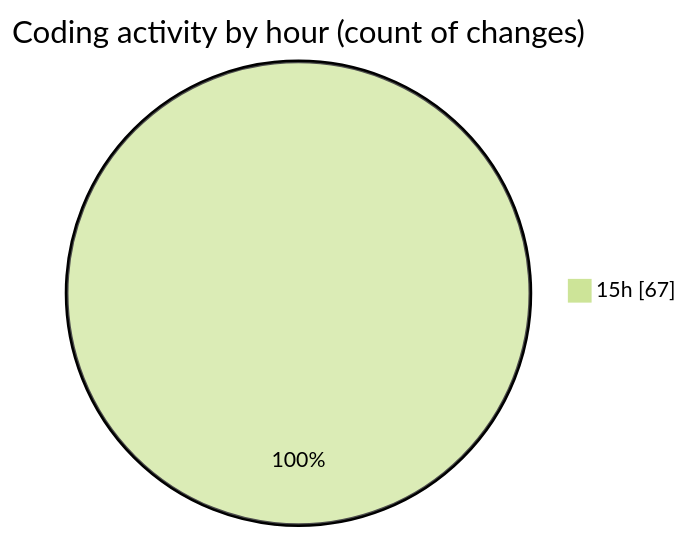
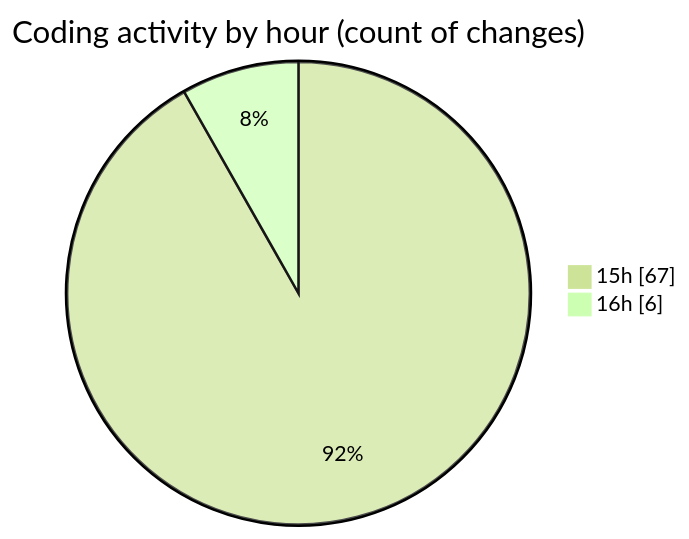
The second of 2 diagrams in 2025-09-01/project_3/README.md (IJAZ3593/code-tracking), drawn with Mermaid (forest theme) before and after one commit. The commit also changed other lines of this file and 1 other file, not shown here.

````diff
--- a/2025-09-01/project_3/README.md
+++ b/2025-09-01/project_3/README.md
@@ -36,5 +36,6 @@
 ```mermaid
 pie showData
 title Coding activity by hour (count of changes)
 "15h" : 67
+"16h" : 6
 ```
````
